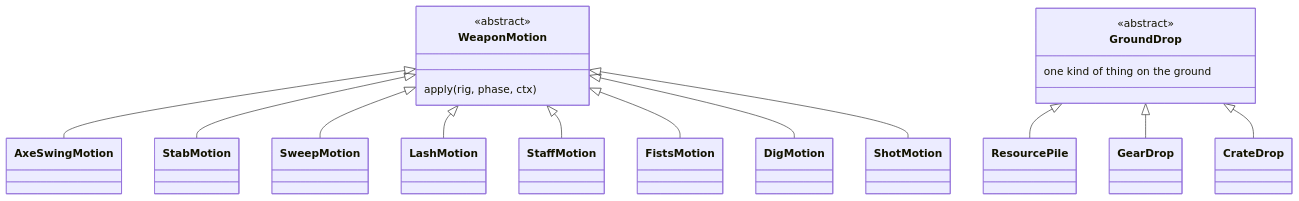
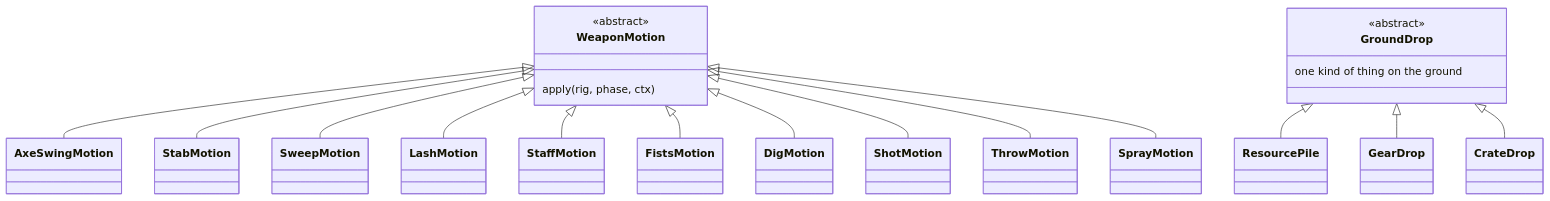
The third of 7 diagrams in docs/class-hierarchies-client.md (andyruwruw/grave-robbers), drawn with Mermaid before and after one commit. The commit also changed other lines of this file and 772 other files, not shown here.

````diff
--- a/docs/class-hierarchies-client.md
+++ b/docs/class-hierarchies-client.md
@@ -90,22 +101,24 @@
 ```mermaid
 classDiagram
   class WeaponMotion {
     <<abstract>>
     apply(rig, phase, ctx)
   }
   WeaponMotion <|-- AxeSwingMotion
   WeaponMotion <|-- StabMotion
   WeaponMotion <|-- SweepMotion
   WeaponMotion <|-- LashMotion
   WeaponMotion <|-- StaffMotion
   WeaponMotion <|-- FistsMotion
   WeaponMotion <|-- DigMotion
   WeaponMotion <|-- ShotMotion
+  WeaponMotion <|-- ThrowMotion
+  WeaponMotion <|-- SprayMotion
   class GroundDrop {
     <<abstract>>
     one kind of thing on the ground
   }
   GroundDrop <|-- ResourcePile
   GroundDrop <|-- GearDrop
   GroundDrop <|-- CrateDrop
 ```
````
